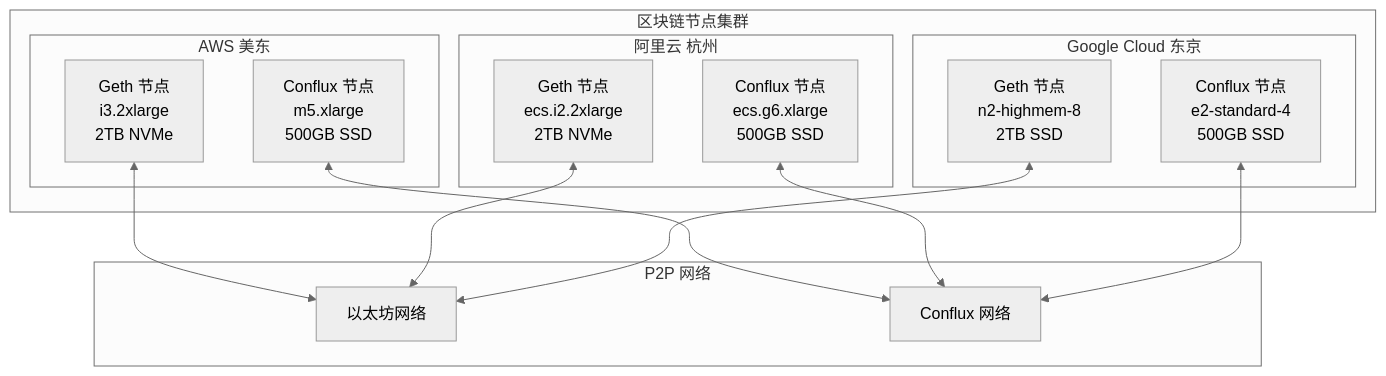
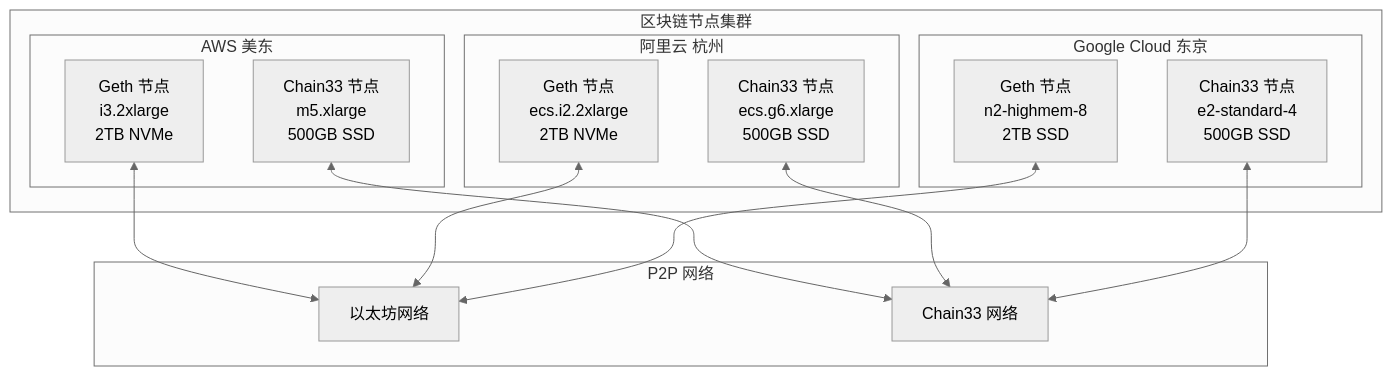
Before and after one commit to vipwzw/blockchain-doc: the first of 3 diagrams in LayerZero_跨链部署方案/04_区块链节点部署.md, drawn with Mermaid (neutral theme). The commit also changed other lines of this file and 9 other files, not shown here.

First line of the commit message:
refactor(LayerZero): 将 Conflux/CFX 替换为 Chain33/Coin33

````diff
--- a/LayerZero_跨链部署方案/04_区块链节点部署.md
+++ b/LayerZero_跨链部署方案/04_区块链节点部署.md
@@ -5,32 +5,32 @@
 ```mermaid
 flowchart TB
     subgraph NodeCluster["区块链节点集群"]
         subgraph AWS["AWS 美东"]
             ETH1[Geth 节点<br/>i3.2xlarge<br/>2TB NVMe]
-            CFX1[Conflux 节点<br/>m5.xlarge<br/>500GB SSD]
+            Coin331[Chain33 节点<br/>m5.xlarge<br/>500GB SSD]
         end
         
         subgraph Aliyun["阿里云 杭州"]
             ETH2[Geth 节点<br/>ecs.i2.2xlarge<br/>2TB NVMe]
-            CFX2[Conflux 节点<br/>ecs.g6.xlarge<br/>500GB SSD]
+            Coin332[Chain33 节点<br/>ecs.g6.xlarge<br/>500GB SSD]
         end
         
         subgraph GCP["Google Cloud 东京"]
             ETH3[Geth 节点<br/>n2-highmem-8<br/>2TB SSD]
-            CFX3[Conflux 节点<br/>e2-standard-4<br/>500GB SSD]
+            Coin333[Chain33 节点<br/>e2-standard-4<br/>500GB SSD]
         end
     end
 
     subgraph P2P["P2P 网络"]
         ETHNet[以太坊网络]
-        CFXNet[Conflux 网络]
+        Coin33Net[Chain33 网络]
     end
 
     ETH1 <--> ETHNet
     ETH2 <--> ETHNet
     ETH3 <--> ETHNet
     
-    CFX1 <--> CFXNet
-    CFX2 <--> CFXNet
-    CFX3 <--> CFXNet
+    Coin331 <--> Coin33Net
+    Coin332 <--> Coin33Net
+    Coin333 <--> Coin33Net
 ```
````
